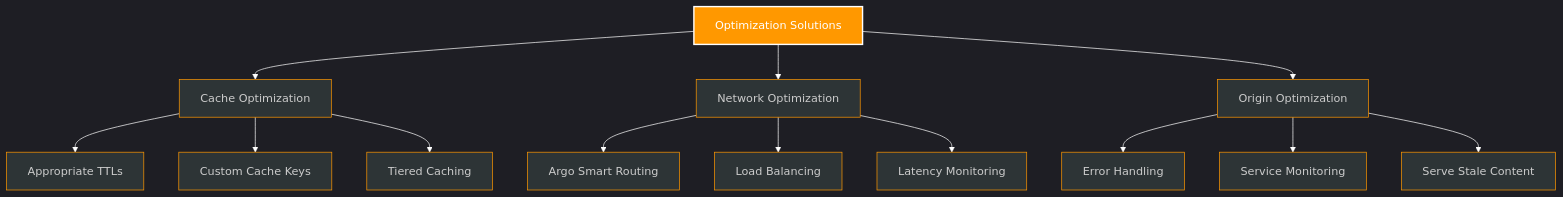
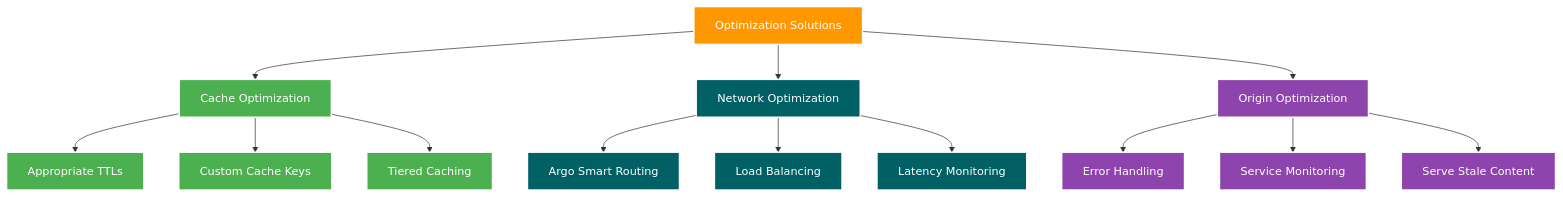
The fifth of 5 diagrams in cdn-analyser/slides/dist/cdn.qmd (erfianugrah/cloudflare_api_scripts), drawn with Mermaid before and after one commit. The commit also changed other lines of this file and 1 other file, not shown here.

````diff
--- a/cdn-analyser/slides/dist/cdn.qmd
+++ b/cdn-analyser/slides/dist/cdn.qmd
@@ -545,39 +566,51 @@
 ```{mermaid}
 %%{init: {
   'theme': 'dark',
   'themeVariables': {
-    'primaryColor': '#ff9800',
+    'primaryColor': '#ff9800',  /* Orange for main categories */
     'primaryTextColor': '#fff',
     'primaryBorderColor': '#fff',
-    'lineColor': '#fff',
-    'secondaryColor': '#006064',
-    'tertiaryColor': '#4caf50',
+    'lineColor': '#fff',        /* Ensure lines are white */
+    'secondaryColor': '#4caf50',   /* Green for Cache Optimization */
+    'tertiaryColor': '#006064',    /* Blue for Network Optimization */
+    'quaternaryColor': '#8e44ad',  /* Purple for Origin Optimization */
     'mainBkg': '#2d3436',
-    'nodeBorder': '#ff9800',
+    'nodeBorder': '#fff',
     'clusterBkg': '#2d3436',
-    'clusterBorder': '#ff9800'
+    'clusterBorder': '#fff'
   }
 }}%%
-graph TD
+graph TB
     Solutions[Optimization Solutions]
-    Solutions --> CacheOptim[Cache Optimization]
-    Solutions --> NetworkOptim[Network Optimization]
-    Solutions --> OriginOptim[Origin Optimization]
 
-    CacheOptim --> TTL[Appropriate TTLs]
-    CacheOptim --> Keys[Custom Cache Keys]
-    CacheOptim --> Tiered[Tiered Caching]
+    %% Categories
+    Solutions --> Cache[Cache Optimization]
+    Solutions --> Network[Network Optimization]
+    Solutions --> Origin[Origin Optimization]
 
-    NetworkOptim --> Argo[Argo Smart Routing]
-    NetworkOptim --> Load[Load Balancing]
-    NetworkOptim --> Latency[Latency Monitoring]
+    %% Cache Optimization (Compact Layout)
+    Cache --> TTL[Appropriate TTLs]
+    Cache --> Keys[Custom Cache Keys]
+    Cache --> Tiered[Tiered Caching]
 
-    OriginOptim --> Errors[Error Handling]
-    OriginOptim --> Monitoring[Service Monitoring]
-    OriginOptim --> Stale[Serve Stale Content]
+    %% Network Optimization (Compact Layout)
+    Network --> Argo[Argo Smart Routing]
+    Network --> Balancing[Load Balancing]
+    Network --> Monitoring[Latency Monitoring]
 
+    %% Origin Optimization (Compact Layout)
+    Origin --> Errors[Error Handling]
+    Origin --> Services[Service Monitoring]
+    Origin --> Stale[Serve Stale Content]
+
+    %% Class Definitions
     classDef orange fill:#ff9800,stroke:#fff,stroke-width:2px,color:#fff;
+    classDef green fill:#4caf50,stroke:#fff,stroke-width:2px,color:#fff;
+    classDef blue fill:#006064,stroke:#fff,stroke-width:2px,color:#fff;
+    classDef purple fill:#8e44ad,stroke:#fff,stroke-width:2px,color:#fff;
+
     class Solutions orange;
-    class CacheOptim,NetworkOptim,OriginOptim blue;
-    class TTL,Keys,Tiered,Argo,Load,Latency,Errors,Monitoring,Stale green;
+    class Cache,TTL,Keys,Tiered green;
+    class Network,Argo,Balancing,Monitoring blue;
+    class Origin,Errors,Services,Stale purple;
 ```
````
